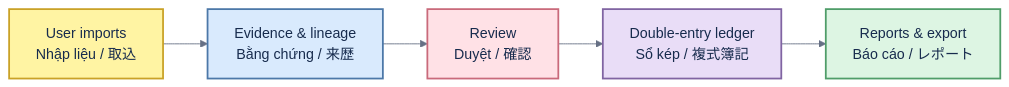
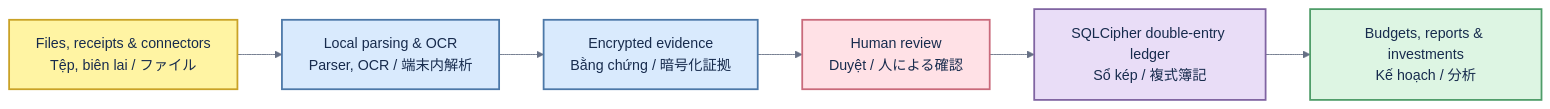
Before and after one commit to thangldw/kakeflow: the diagram in README.md, drawn with Mermaid. The commit also changed other lines of this file and 33 other files, not shown here.

Commit message:
docs: refresh architecture and remove legacy assets (#26)

````diff
--- a/README.md
+++ b/README.md
@@ -11,15 +11,16 @@
 ```mermaid
 %%{init: {"theme":"base","themeVariables":{"background":"#FFFFFF","fontFamily":"Arial, sans-serif","lineColor":"#667085","primaryTextColor":"#172B4D"}}}%%
 flowchart LR
-    I["User imports<br/>Nhập liệu / 取込"]:::yellow
-    E["Evidence & lineage<br/>Bằng chứng / 来歴"]:::blue
-    V["Review<br/>Duyệt / 確認"]:::pink
-    L["Double-entry ledger<br/>Sổ kép / 複式簿記"]:::purple
-    R["Reports & export<br/>Báo cáo / レポート"]:::green
-    I --> E --> V --> L --> R
+    I["Files, receipts & connectors<br/>Tệp, biên lai / ファイル"]:::yellow
+    P["Local parsing & OCR<br/>Parser, OCR / 端末内解析"]:::blue
+    E["Encrypted evidence<br/>Bằng chứng / 暗号化証拠"]:::blue
+    V["Human review<br/>Duyệt / 人による確認"]:::pink
+    L["SQLCipher double-entry ledger<br/>Sổ kép / 複式簿記"]:::purple
+    R["Budgets, reports & investments<br/>Kế hoạch / 分析"]:::green
+    I --> P --> E --> V --> L --> R
     classDef yellow fill:#FFF4A3,stroke:#C9A227,stroke-width:2px,color:#172B4D
     classDef blue fill:#D9EAFD,stroke:#4C78A8,stroke-width:2px,color:#172B4D
     classDef pink fill:#FFE1E6,stroke:#C96A7B,stroke-width:2px,color:#172B4D
     classDef purple fill:#E9DDF7,stroke:#8064A2,stroke-width:2px,color:#172B4D
     classDef green fill:#DDF5E3,stroke:#4F9D69,stroke-width:2px,color:#172B4D
 ```
````
